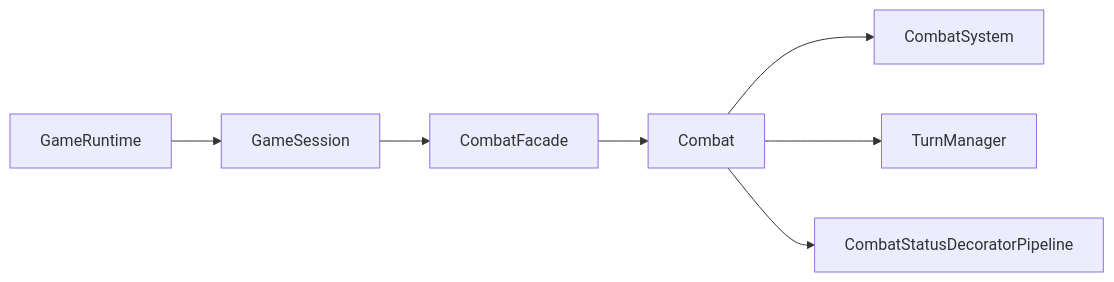
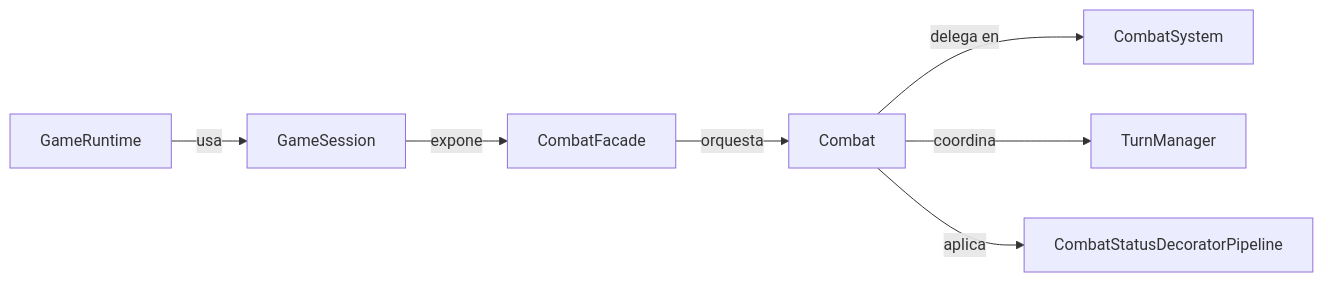
The diagram in docs/03-patterns/facade.md (Craos6518/dungeon-crawler-patterns), drawn with Mermaid before and after one commit. The commit also changed 11 other files, not shown here.

Commit message:
refactor: actualizar diagramas y terminología en la documentación de patrones

````diff
--- a/docs/03-patterns/facade.md
+++ b/docs/03-patterns/facade.md
@@ -83,17 +83,17 @@
 ```mermaid
 flowchart LR
         Runtime[GameRuntime]
         Session[GameSession]
         Facade[CombatFacade]
         Combat[Combat]
         System[CombatSystem]
         Turn[TurnManager]
         Pipeline[CombatStatusDecoratorPipeline]
 
-        Runtime --> Session
-        Session --> Facade
-        Facade --> Combat
-        Combat --> System
-        Combat --> Turn
-        Combat --> Pipeline
+        Runtime -->|usa| Session
+        Session -->|expone| Facade
+        Facade -->|orquesta| Combat
+        Combat -->|delega en| System
+        Combat -->|coordina| Turn
+        Combat -->|aplica| Pipeline
 ```
````
